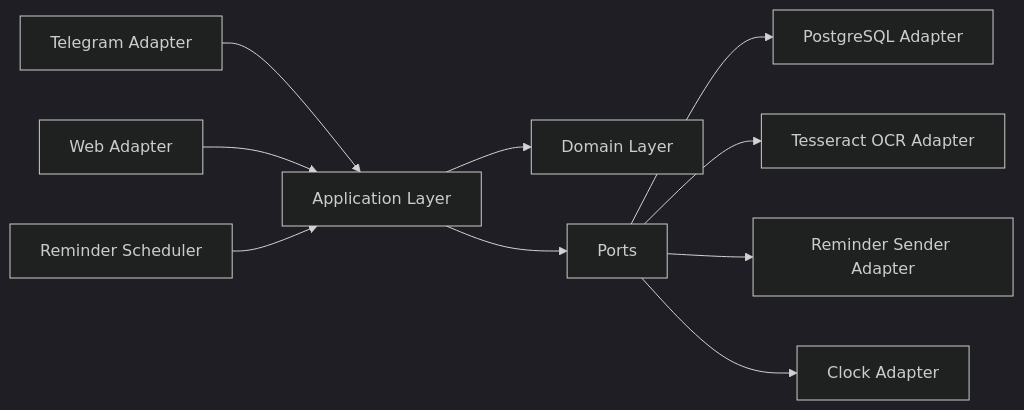
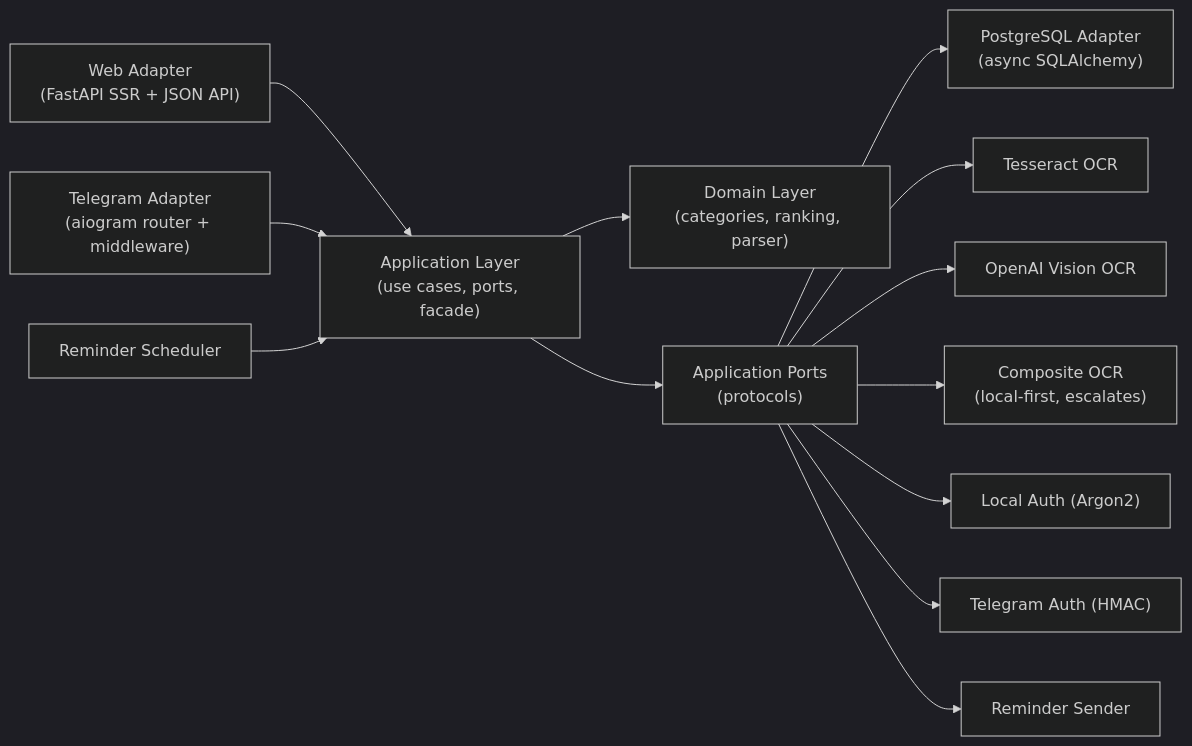
One commit to kuznetzdev/cashback_bot changed the first of 4 diagrams in docs/ru/ARCHITECTURE.md. Above: the diagram before and after it, drawn with Mermaid (dark theme). The commit also changed other lines of this file and 8 other files, not shown here.

````diff
--- a/docs/ru/ARCHITECTURE.md
+++ b/docs/ru/ARCHITECTURE.md
@@ -9,12 +25,15 @@
 ```mermaid
 flowchart LR
-    TG["Telegram Adapter"] --> APP["Application Layer"]
-    WEB["Web Adapter"] --> APP
+    WEB["Web Adapter<br/>(FastAPI SSR + JSON API)"] --> APP["Application Layer<br/>(use cases, ports, facade)"]
+    TG["Telegram Adapter<br/>(aiogram router + middleware)"] --> APP
     SCHED["Reminder Scheduler"] --> APP
-    APP --> DOM["Domain Layer"]
-    APP --> PORTS["Ports"]
-    PORTS --> PG["PostgreSQL Adapter"]
-    PORTS --> OCR["Tesseract OCR Adapter"]
-    PORTS --> SEND["Reminder Sender Adapter"]
-    PORTS --> CLOCK["Clock Adapter"]
+    APP --> DOM["Domain Layer<br/>(categories, ranking, parser)"]
+    APP --> PORTS["Application Ports<br/>(protocols)"]
+    PORTS --> PG["PostgreSQL Adapter<br/>(async SQLAlchemy)"]
+    PORTS --> OCR_T["Tesseract OCR"]
+    PORTS --> OCR_O["OpenAI Vision OCR"]
+    PORTS --> OCR_C["Composite OCR<br/>(local-first, escalates)"]
+    PORTS --> AUTHL["Local Auth (Argon2)"]
+    PORTS --> AUTHT["Telegram Auth (HMAC)"]
+    PORTS --> REM["Reminder Sender"]
 ```
````
